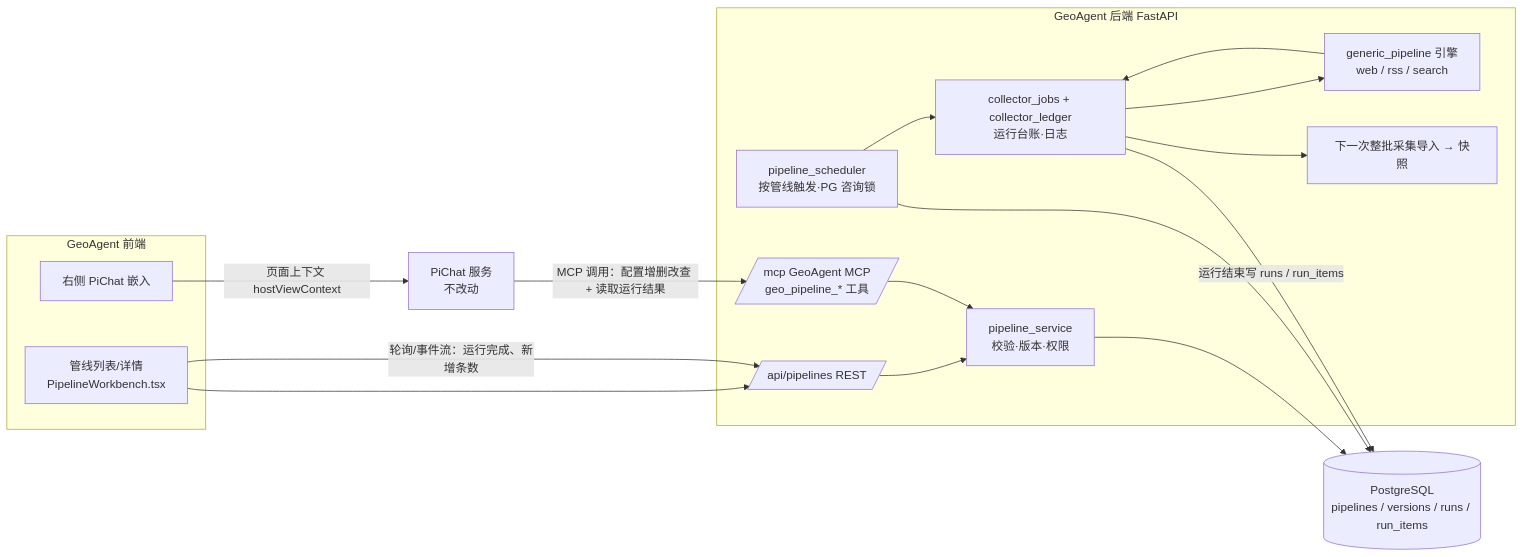
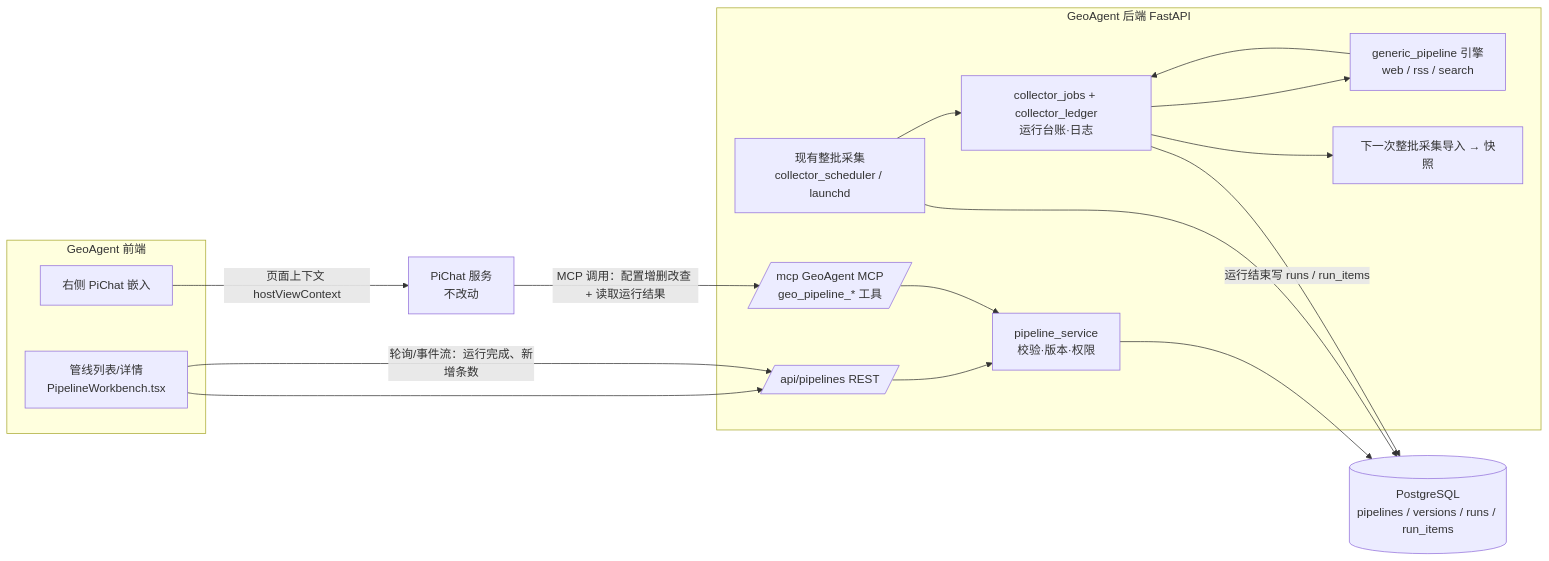
The diagram in docs/superpowers/specs/2026-11-11-采集管线自定义配置设计.md (ryanwu2023/GeoAgent), drawn with Mermaid before and after one commit. The commit also changed other lines of this file and 1 other file, not shown here.

````diff
--- a/docs/superpowers/specs/2026-11-11-采集管线自定义配置设计.md
+++ b/docs/superpowers/specs/2026-11-11-采集管线自定义配置设计.md
@@ -68,28 +68,28 @@
 ```mermaid
 flowchart LR
   subgraph UI[GeoAgent 前端]
     L[管线列表/详情<br/>PipelineWorkbench.tsx]
     R[右侧 PiChat 嵌入]
   end
   subgraph API[GeoAgent 后端 FastAPI]
     REST[/api/pipelines REST/]
     MCP[/mcp GeoAgent MCP<br/>geo_pipeline_* 工具/]
     SVC[pipeline_service<br/>校验·版本·权限]
-    SCH[pipeline_scheduler<br/>按管线触发·PG 咨询锁]
+    SCH[现有整批采集<br/>collector_scheduler / launchd]
     ENG[generic_pipeline 引擎<br/>web / rss / search]
     RUN[collector_jobs + collector_ledger<br/>运行台账·日志]
     IMP[下一次整批采集导入 → 快照]
   end
   PG[(PostgreSQL<br/>pipelines / versions / runs / run_items)]
   PC[PiChat 服务<br/>不改动]
 
   L --> REST --> SVC
   L -- 轮询/事件流：运行完成、新增条数 --> REST
   R -- 页面上下文 hostViewContext --> PC
   PC -- MCP 调用：配置增删改查 + 读取运行结果 --> MCP --> SVC
   SVC --> PG
   SCH --> PG
   SCH --> RUN --> ENG
   ENG --> RUN --> IMP
   RUN -- 运行结束写 runs / run_items --> PG
 ```
````
